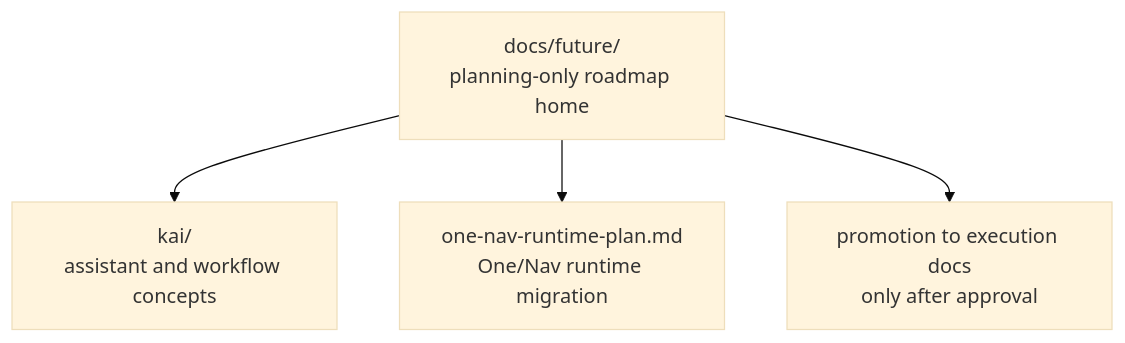
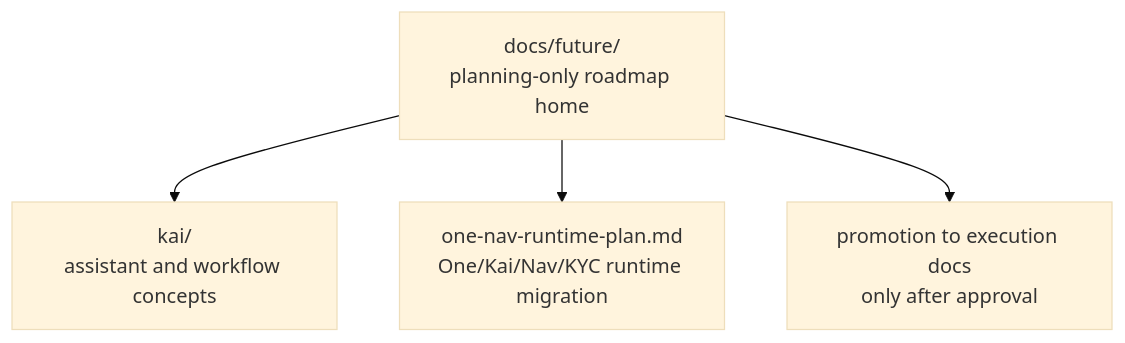
Before and after one commit to hushh-labs/hushh-research: the diagram in docs/future/README.md, drawn with Mermaid (base theme). The commit also changed other lines of this file and 53 other files, not shown here.

Commit message:
feat(agents): establish One-led multi-agent runtime

````diff
--- a/docs/future/README.md
+++ b/docs/future/README.md
@@ -7,11 +7,11 @@
 ```mermaid
 flowchart TD
   root["docs/future/<br/>planning-only roadmap home"]
   kai["kai/<br/>assistant and workflow concepts"]
-  oneNav["one-nav-runtime-plan.md<br/>One/Nav runtime migration"]
+  oneNav["one-nav-runtime-plan.md<br/>One/Kai/Nav/KYC runtime migration"]
   execution["promotion to execution docs<br/>only after approval"]
 
   root --> kai
   root --> oneNav
   root --> execution
 ```
````
